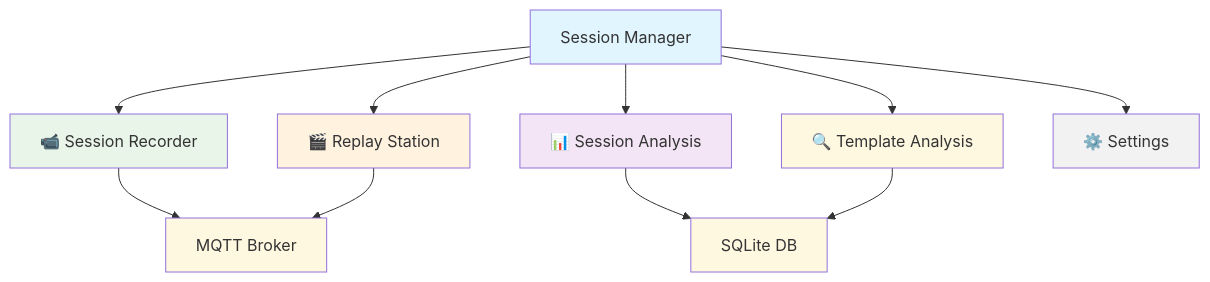
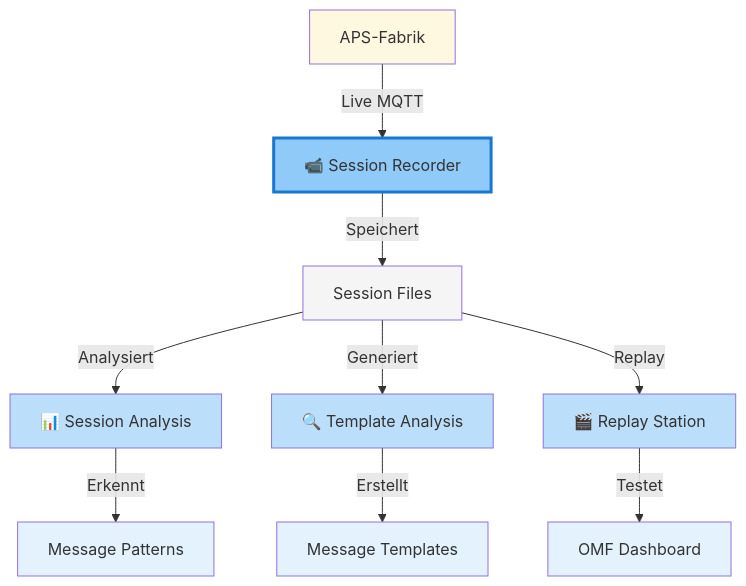
Before and after one commit to OliverBerger-ORBIS/ORBIS-Modellfabrik: the diagram in docs/04-howto/helper_apps/session-manager/README.md, drawn with Mermaid. The commit also changed other lines of this file and 14 other files, not shown here.

First line of the commit message:
feat: update Mermaid color palette and clean up validation rules

````diff
--- a/docs/04-howto/helper_apps/session-manager/README.md
+++ b/docs/04-howto/helper_apps/session-manager/README.md
@@ -16,22 +16,23 @@
 ```mermaid
 graph TD
-    A[Session Manager] --> B[📹 Session Recorder]
-    A --> C[🎬 Replay Station]
-    A --> D[📊 Session Analysis]
-    A --> E[🔍 Template Analysis]
-    A --> F[⚙️ Settings]
+    A[APS-Fabrik] -->|Live MQTT| B[📹 Session Recorder]
+    B -->|Speichert| C[Session Files]
     
-    B --> G[MQTT Broker]
-    C --> G
-    D --> H[SQLite DB]
-    E --> H
+    C -->|Analysiert| D[📊 Session Analysis]
+    C -->|Generiert| E[🔍 Template Analysis]
+    C -->|Replay| F[🎬 Replay Station]
     
-    style A fill:#e1f5fe
-    style B fill:#e8f5e8
-    style C fill:#fff3e0
-    style D fill:#f3e5f5
-    style E fill:#fff8e1
-    style F fill:#f2f2f2
-    style G fill:#fff8e1
-    style H fill:#fff8e1
+    D -->|Erkennt| G[Message Patterns]
+    E -->|Erstellt| H[Message Templates]
+    F -->|Testet| I[OMF Dashboard]
+    
+    style A fill:#fff8e1
+    style B fill:#90caf9,stroke:#1976d2,stroke-width:3px
+    style C fill:#f5f5f5
+    style D fill:#bbdefb
+    style E fill:#bbdefb
+    style F fill:#bbdefb
+    style G fill:#e3f2fd
+    style H fill:#e3f2fd
+    style I fill:#e3f2fd
 ```
````
